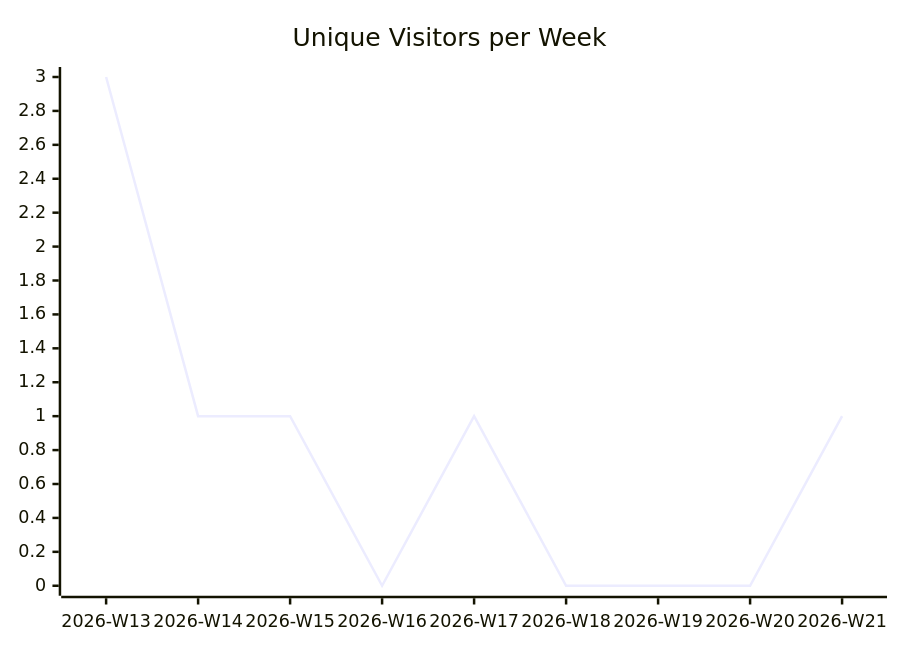
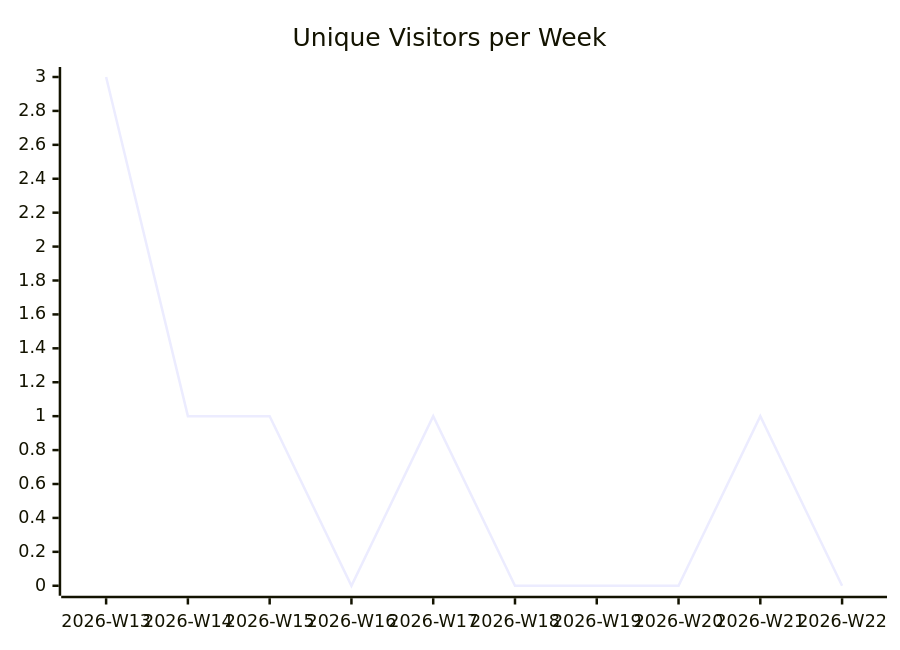
Before and after one commit to justdavis-family/github-analytics-data: the first of 3 diagrams in karlmdavis/rps-tourney/README.md, drawn with Mermaid. The commit also changed other lines of this file and 190 other files, not shown here.

````diff
--- a/karlmdavis/rps-tourney/README.md
+++ b/karlmdavis/rps-tourney/README.md
@@ -5,6 +5,6 @@
 ```mermaid
 xychart-beta
   title "Unique Visitors per Week"
-  x-axis ["2026-W13", "2026-W14", "2026-W15", "2026-W16", "2026-W17", "2026-W18", "2026-W19", "2026-W20", "2026-W21"]
-  line [3, 1, 1, 0, 1, 0, 0, 0, 1]
+  x-axis ["2026-W13", "2026-W14", "2026-W15", "2026-W16", "2026-W17", "2026-W18", "2026-W19", "2026-W20", "2026-W21", "2026-W22"]
+  line [3, 1, 1, 0, 1, 0, 0, 0, 1, 0]
 ```
````
